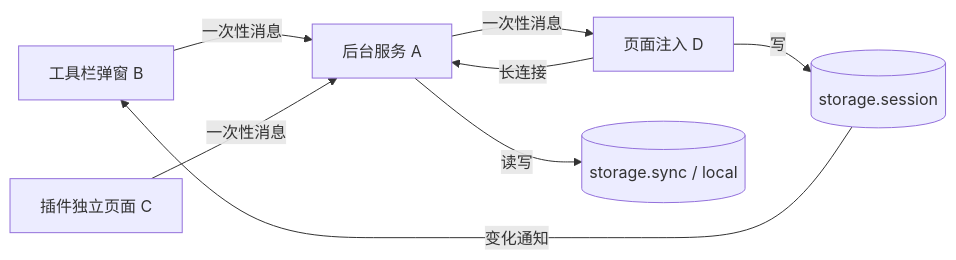
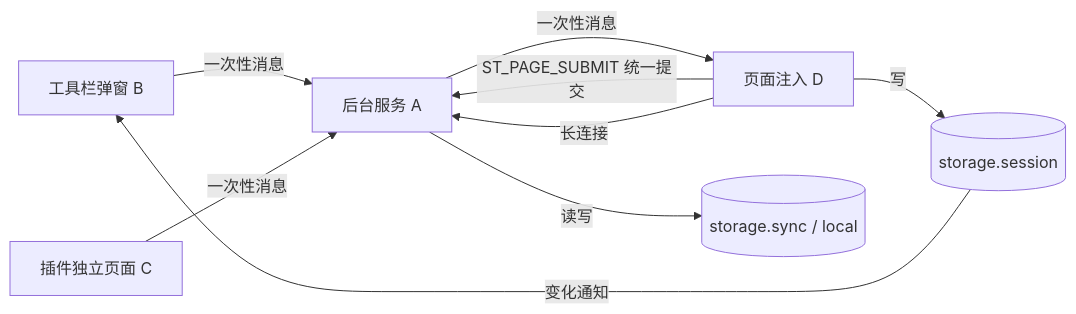
Before and after one commit to xiaochen0517/simpletrans: the first of 5 diagrams in docs/项目架构.md, drawn with Mermaid. The commit also changed other lines of this file and 38 other files, not shown here.

````diff
--- a/docs/项目架构.md
+++ b/docs/项目架构.md
@@ -469,10 +498,11 @@
 ```mermaid
 flowchart LR
   POP[工具栏弹窗 B] -- 一次性消息 --> BG[后台服务 A]
   OPT[插件独立页面 C] -- 一次性消息 --> BG
   BG -- 一次性消息 --> CS[页面注入 D]
+  CS -- ST_PAGE_SUBMIT 统一提交 --> BG
   CS -- 长连接 --> BG
   CS -- 写 --> SS[(storage.session)]
   SS -- 变化通知 --> POP
   BG -- 读写 --> ST[(storage.sync / local)]
 ```
````
